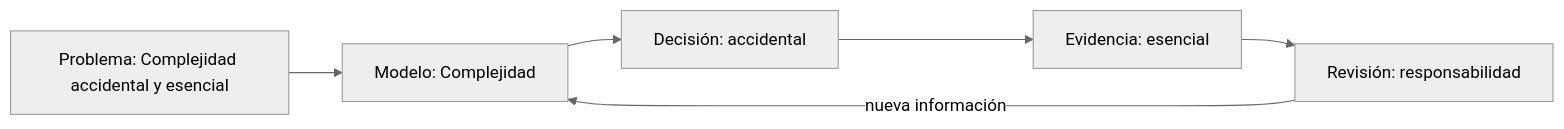
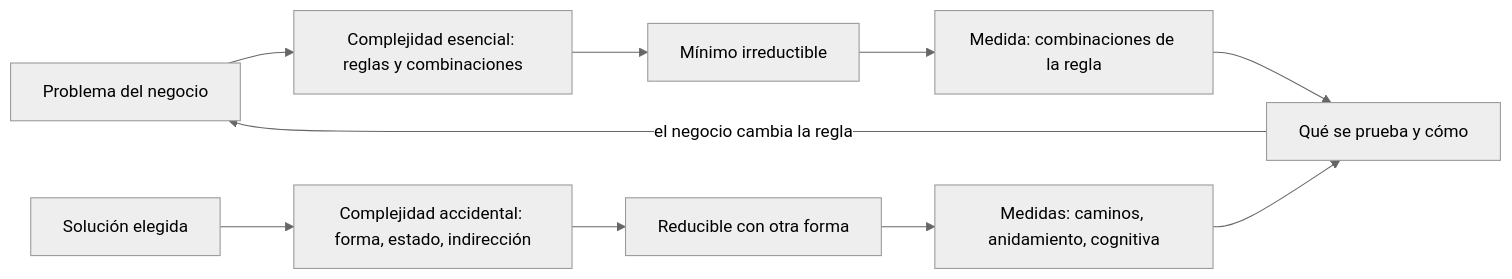
One commit to vladimiracunadev-create/modern-software-engineering-program changed the diagram in classes/part-24-diseno-patrones-y-refactorizacion/se-297-complejidad-accidental-y-esencial/README.md. Above: the diagram before and after it, drawn with Mermaid (neutral theme). The commit also changed other lines of this file and 117 other files, not shown here.

````diff
--- a/classes/part-24-diseno-patrones-y-refactorizacion/se-297-complejidad-accidental-y-esencial/README.md
+++ b/classes/part-24-diseno-patrones-y-refactorizacion/se-297-complejidad-accidental-y-esencial/README.md
@@ -40,8 +53,12 @@
 ```mermaid
 flowchart LR
-    P["Problema: Complejidad accidental y esencial"] --> M["Modelo: Complejidad"]
-    M --> D["Decisión: accidental"]
-    D --> E["Evidencia: esencial"]
-    E --> R["Revisión: responsabilidad"]
-    R -->|nueva información| M
+    A[Problema del negocio] --> B[Complejidad esencial: reglas y combinaciones]
+    C[Solución elegida] --> D[Complejidad accidental: forma, estado, indirección]
+    B --> E[Mínimo irreductible]
+    D --> F[Reducible con otra forma]
+    E --> G[Medida: combinaciones de la regla]
+    F --> H[Medidas: caminos, anidamiento, cognitiva]
+    G --> I[Qué se prueba y cómo]
+    H --> I
+    I -->|el negocio cambia la regla| A
 ```
````
